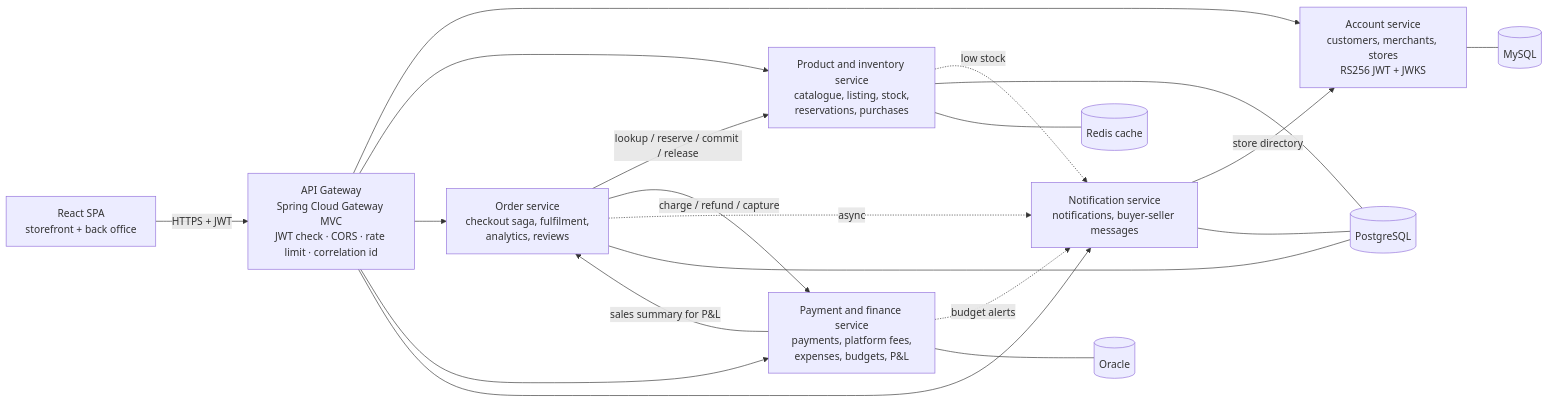
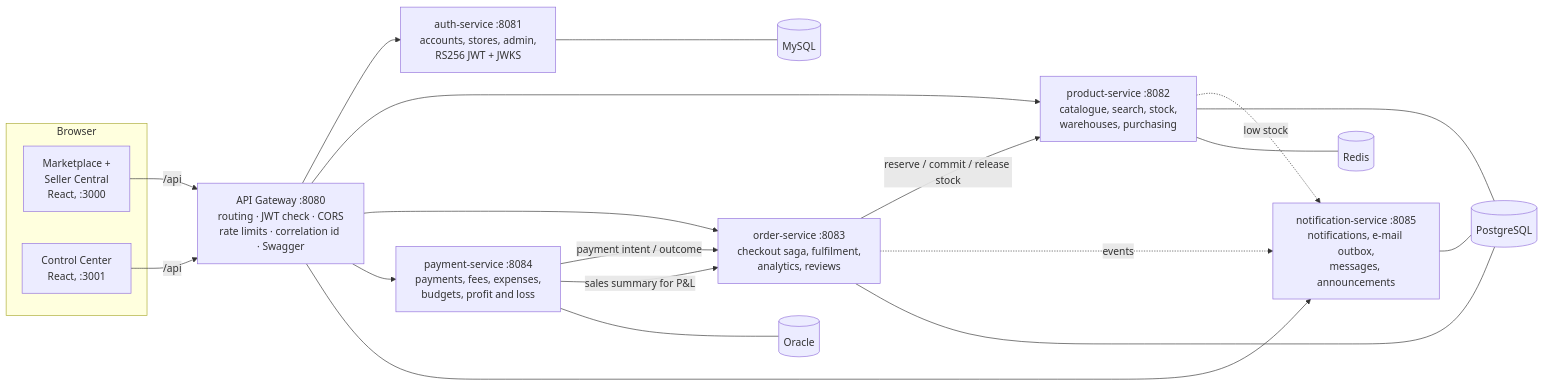
One commit to kushkumarsriwas/enterprise-order-platform changed the first of 3 diagrams in README.md. Above: the diagram before and after it, drawn with Mermaid. The commit also changed other lines of this file and 9 other files, not shown here.

````diff
--- a/README.md
+++ b/README.md
@@ -33,22 +32,26 @@
 ```mermaid
 flowchart LR
-    UI[React SPA<br/>storefront + back office] -->|HTTPS + JWT| GW[API Gateway<br/>Spring Cloud Gateway MVC<br/>JWT check · CORS · rate limit · correlation id]
-    GW --> AUTH[Account service<br/>customers, merchants, stores<br/>RS256 JWT + JWKS]
-    GW --> INV[Product and inventory service<br/>catalogue, listing, stock,<br/>reservations, purchases]
-    GW --> ORD[Order service<br/>checkout saga, fulfilment,<br/>analytics, reviews]
-    GW --> PAY[Payment and finance service<br/>payments, platform fees,<br/>expenses, budgets, P&L]
-    GW --> NOT[Notification service<br/>notifications, buyer-seller messages]
-    ORD -->|lookup / reserve / commit / release| INV
-    ORD -->|charge / refund / capture| PAY
+    subgraph Browser
+        MK[Marketplace +<br/>Seller Central<br/>React, :3000]
+        CC[Control Center<br/>React, :3001]
+    end
+    MK -->|/api| GW
+    CC -->|/api| GW
+    GW[API Gateway :8080<br/>routing · JWT check · CORS<br/>rate limits · correlation id · Swagger]
+    GW --> AUTH[auth-service :8081<br/>accounts, stores, admin,<br/>RS256 JWT + JWKS]
+    GW --> PROD[product-service :8082<br/>catalogue, search, stock,<br/>warehouses, purchasing]
+    GW --> ORD[order-service :8083<br/>checkout saga, fulfilment,<br/>analytics, reviews]
+    GW --> PAY[payment-service :8084<br/>payments, fees, expenses,<br/>budgets, profit and loss]
+    GW --> NOT[notification-service :8085<br/>notifications, e-mail outbox,<br/>messages, announcements]
+    ORD -->|reserve / commit / release stock| PROD
+    PAY -->|payment intent / outcome| ORD
     PAY -->|sales summary for P&L| ORD
-    NOT -->|store directory| AUTH
-    ORD -. async .-> NOT
-    INV -. low stock .-> NOT
-    PAY -. budget alerts .-> NOT
-    AUTH --- MYSQL[(MySQL)]
-    INV --- PG[(PostgreSQL)]
-    INV --- REDIS[(Redis cache)]
+    ORD -. events .-> NOT
+    PROD -. low stock .-> NOT
+    AUTH --- MY[(MySQL)]
+    PROD --- PG[(PostgreSQL)]
+    PROD --- RD[(Redis)]
     ORD --- PG
     NOT --- PG
-    PAY --- ORA[(Oracle)]
+    PAY --- OR[(Oracle)]
 ```
````
